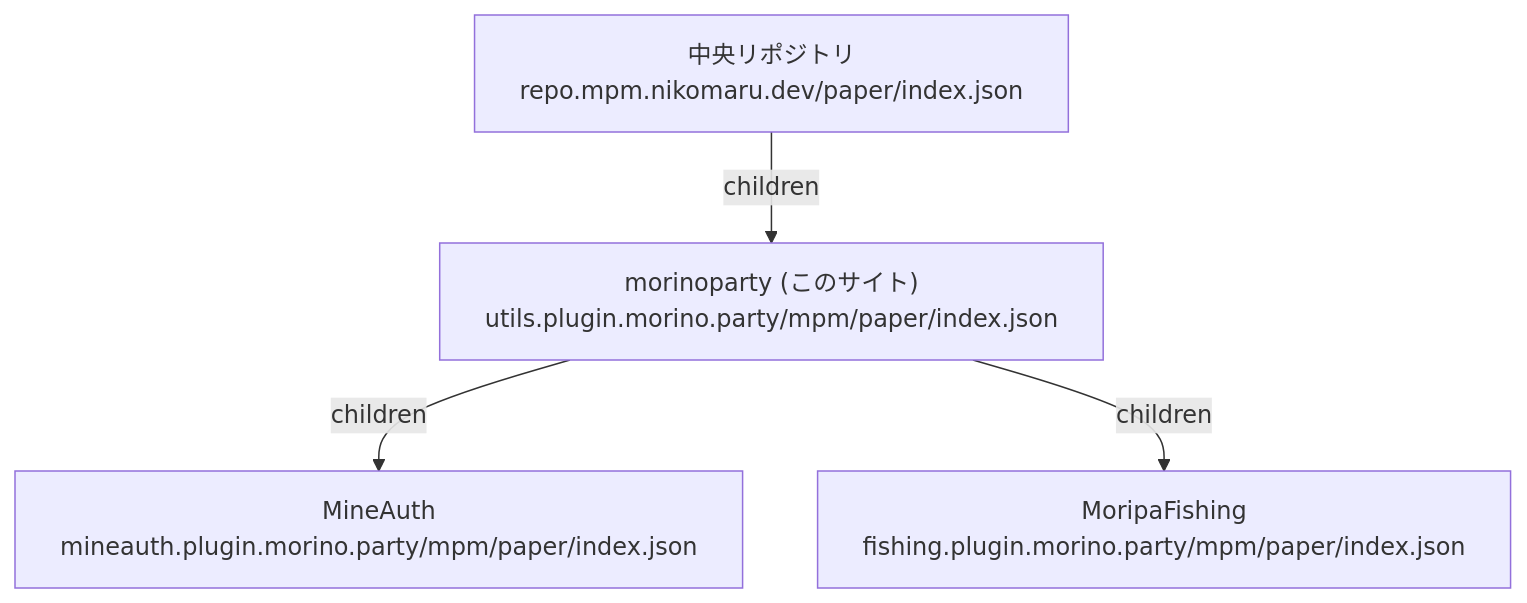
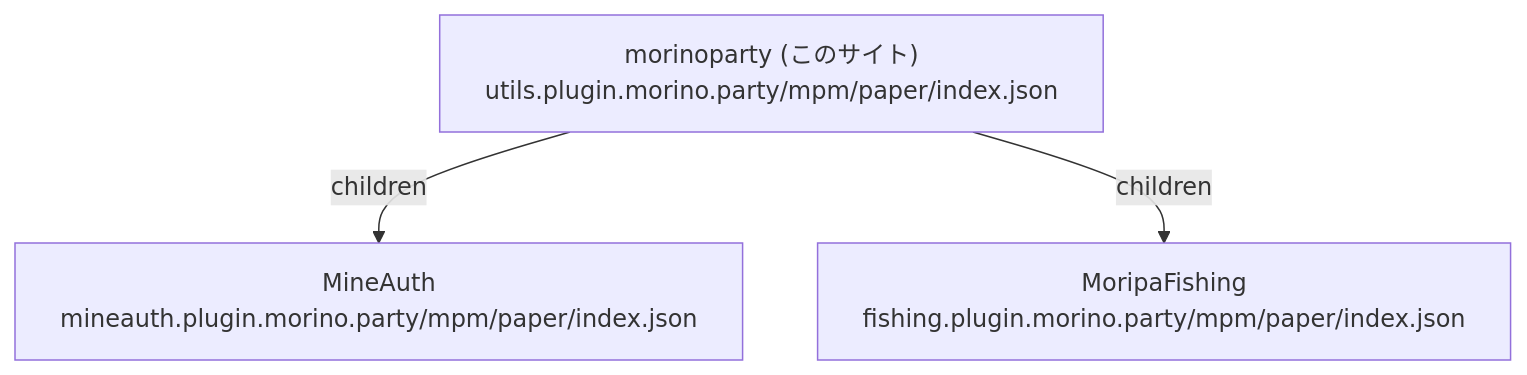
Before and after one commit to morinoparty/moripa-prometheus-exporter: the diagram in docs/content/docs/mpm-repository/index.mdx, drawn with Mermaid. The commit also changed other lines of this file and 3 other files, not shown here.

````diff
--- a/docs/content/docs/mpm-repository/index.mdx
+++ b/docs/content/docs/mpm-repository/index.mdx
@@ -19,11 +33,9 @@
 ```mermaid
 graph TD
-    central["中央リポジトリ<br/>repo.mpm.nikomaru.dev/paper/index.json"]
     morinoparty["morinoparty (このサイト)<br/>utils.plugin.morino.party/mpm/paper/index.json"]
     mineauth["MineAuth<br/>mineauth.plugin.morino.party/mpm/paper/index.json"]
     fishing["MoripaFishing<br/>fishing.plugin.morino.party/mpm/paper/index.json"]
 
-    central -->|children| morinoparty
     morinoparty -->|children| mineauth
     morinoparty -->|children| fishing
 ```
````
